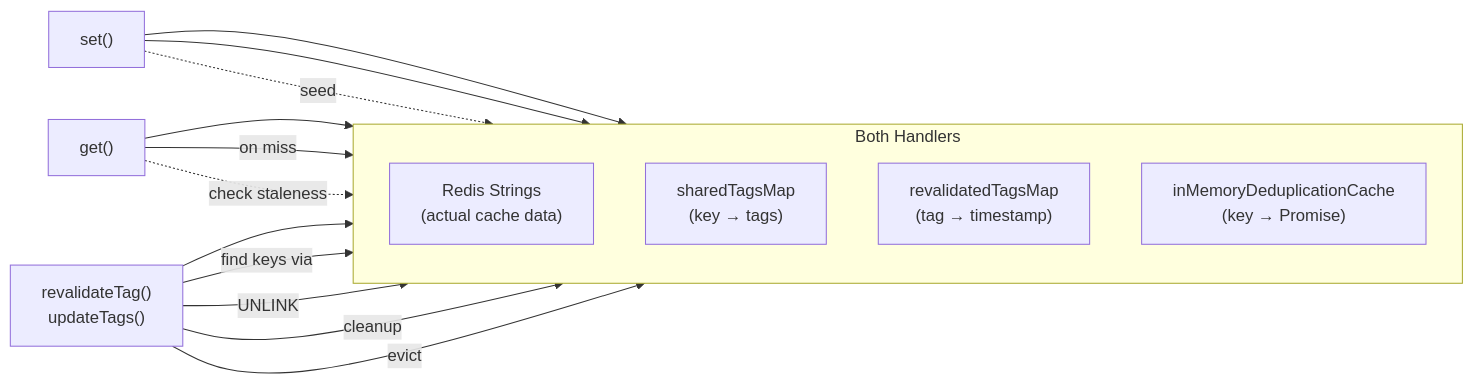
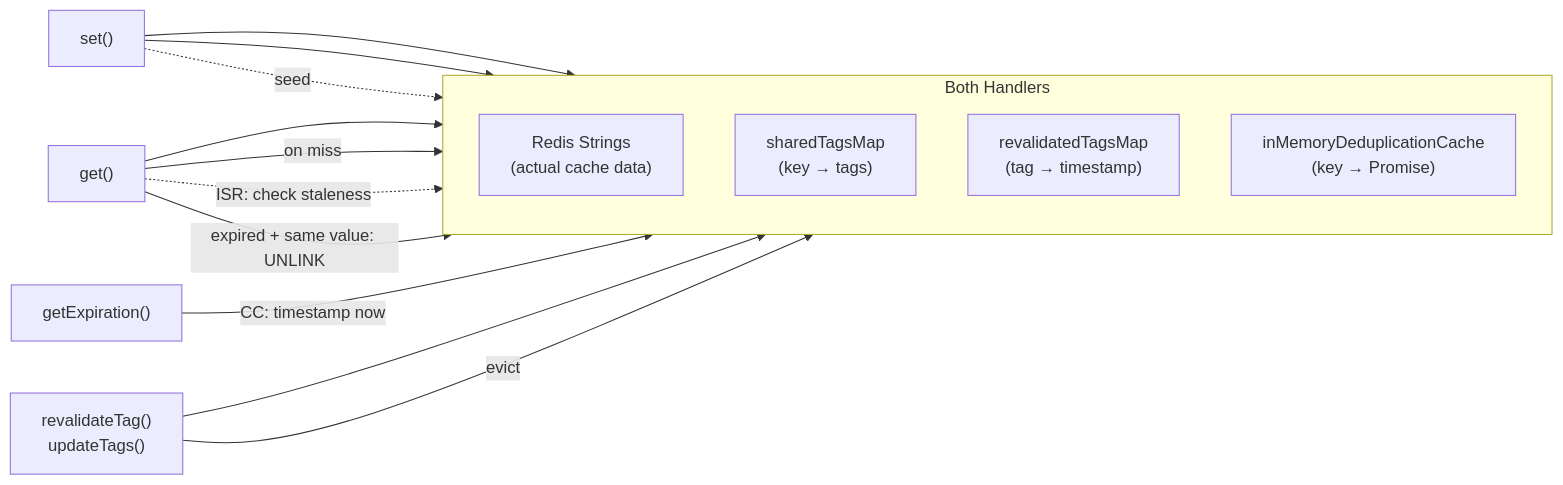
One commit to trieb-work/nextjs-turbo-redis-cache changed the ninth of 9 diagrams in ARCHITECTURE.md. Above: the diagram before and after it, drawn with Mermaid. The commit also changed other lines of this file and 40 other files, not shown here.

````diff
--- a/ARCHITECTURE.md
+++ b/ARCHITECTURE.md
@@ -408,22 +448,21 @@
 ```mermaid
 flowchart LR
     subgraph "Both Handlers"
         direction TB
         A["Redis Strings\n(actual cache data)"]
         B["sharedTagsMap\n(key → tags)"]
         C["revalidatedTagsMap\n(tag → timestamp)"]
         D["inMemoryDeduplicationCache\n(key → Promise)"]
     end
 
     SET["set()"] --> A
     SET --> B
     SET -.->|"seed"| D
     GET["get()"] --> D
     GET -->|"on miss"| A
-    GET -.->|"check staleness"| C
+    GET -.->|"ISR: check staleness"| C
+    EXP["getExpiration()"] -->|"CC: timestamp now"| C
     REV["revalidateTag()\nupdateTags()"] --> C
-    REV -->|"find keys via"| B
-    REV -->|"UNLINK"| A
-    REV -->|"cleanup"| B
     REV -->|"evict"| D
+    GET -->|"expired + same value: UNLINK"| A
 ```
````
